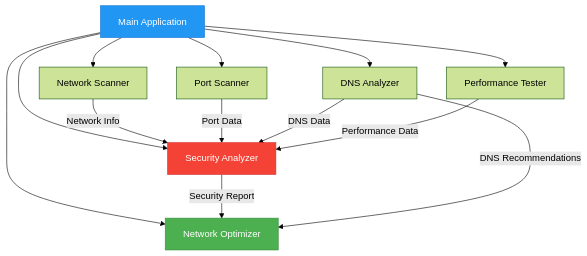
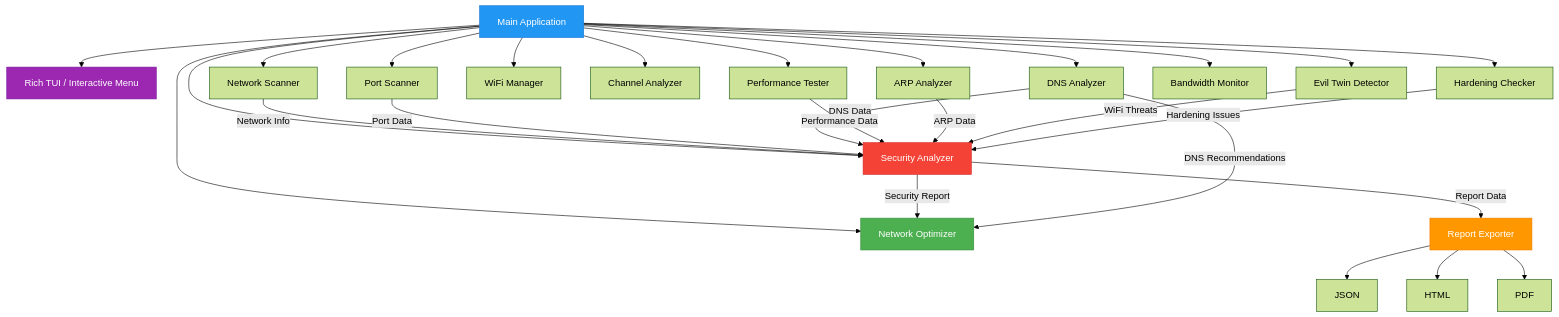
One commit to U-C4N/Wif-G changed the diagram in README.md. Above: the diagram before and after it, drawn with Mermaid (forest theme). The commit also changed other lines of this file and 24 other files, not shown here.

First line of the commit message:
Add v2.0 features, interactive TUI and analyzers

````diff
--- a/README.md
+++ b/README.md
@@ -223,22 +285,41 @@
 ```mermaid
 graph TB
     Main[Main Application]
+    CLI[Rich TUI / Interactive Menu]
+
+    Main --> CLI
     Main --> NetScanner[Network Scanner]
     Main --> PortScanner[Port Scanner]
     Main --> DNSAnalyzer[DNS Analyzer]
     Main --> PerfTester[Performance Tester]
     Main --> SecAnalyzer[Security Analyzer]
     Main --> Optimizer[Network Optimizer]
-    
+
+    Main --> WiFiMgr[WiFi Manager]
+    Main --> ChannelAn[Channel Analyzer]
+    Main --> ArpAn[ARP Analyzer]
+    Main --> EvilTwin[Evil Twin Detector]
+    Main --> Hardening[Hardening Checker]
+    Main --> BwMonitor[Bandwidth Monitor]
+
     NetScanner --> |Network Info| SecAnalyzer
     PortScanner --> |Port Data| SecAnalyzer
     DNSAnalyzer --> |DNS Data| SecAnalyzer
     PerfTester --> |Performance Data| SecAnalyzer
-    
+    ArpAn --> |ARP Data| SecAnalyzer
+    EvilTwin --> |WiFi Threats| SecAnalyzer
+    Hardening --> |Hardening Issues| SecAnalyzer
+
     SecAnalyzer --> |Security Report| Optimizer
     DNSAnalyzer --> |DNS Recommendations| Optimizer
-    
+    SecAnalyzer --> |Report Data| Reporter[Report Exporter]
+    Reporter --> JSON[JSON]
+    Reporter --> HTML[HTML]
+    Reporter --> PDF[PDF]
+
     style Main fill:#2196F3,stroke:#1976D2,color:#fff
+    style CLI fill:#9C27B0,stroke:#7B1FA2,color:#fff
     style SecAnalyzer fill:#F44336,stroke:#D32F2F,color:#fff
     style Optimizer fill:#4CAF50,stroke:#388E3C,color:#fff
+    style Reporter fill:#FF9800,stroke:#F57C00,color:#fff
 ```
````
